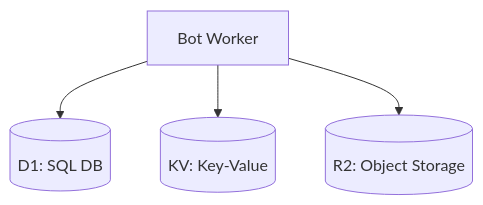
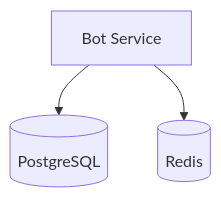
The first of 3 diagrams in _docs_/TECH.MD (irfndi/meets-match), drawn with Mermaid before and after one commit. The commit also changed other lines of this file and 131 other files, not shown here.

````diff
--- a/_docs_/TECH.MD
+++ b/_docs_/TECH.MD
@@ -81,6 +75,5 @@
 ```mermaid
 graph TD
-    A[Bot Worker] --> B[(D1: SQL DB)]
-    A --> C[(KV: Key-Value)]
-    A --> D[(R2: Object Storage)]
+    A[Bot Service] --> B[(PostgreSQL)]
+    A --> C[(Redis)]
 ```
````
